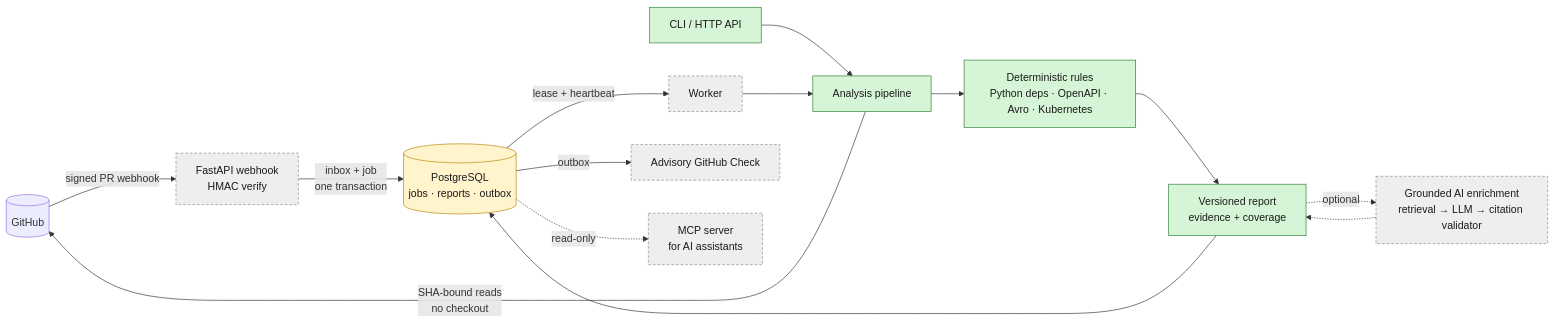
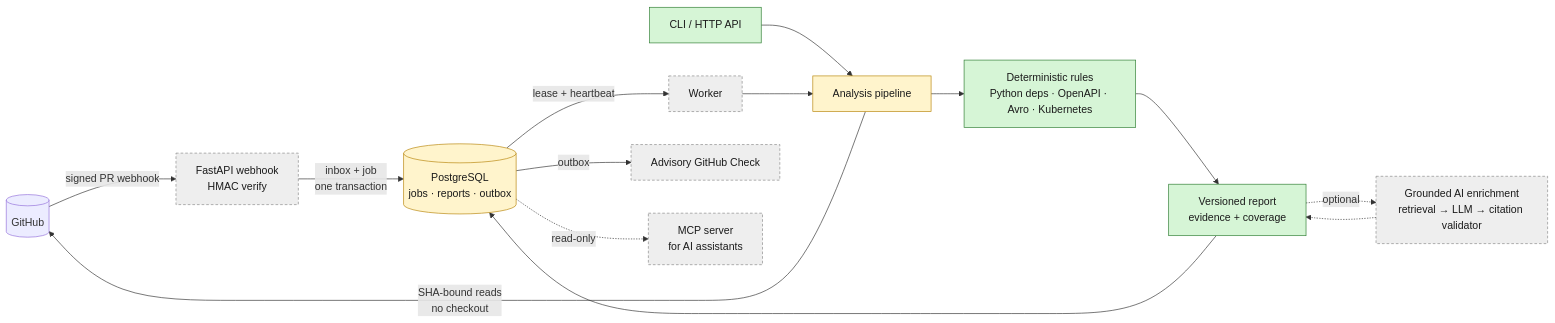
Before and after one commit to belimm01/changeguard-ai: the diagram in README.md, drawn with Mermaid. The commit also changed other lines of this file and 27 other files, not shown here.

First line of the commit message:
docs: align architecture docs and tickets with implementation

````diff
--- a/README.md
+++ b/README.md
@@ -24,23 +24,23 @@
 ```mermaid
 flowchart LR
     GH[(GitHub)] -- signed PR webhook --> WH[FastAPI webhook<br/>HMAC verify]
     CLI[CLI / HTTP API] --> PIPE
     WH -- inbox + job<br/>one transaction --> PG[(PostgreSQL<br/>jobs · reports · outbox)]
     PG -- lease + heartbeat --> WK[Worker]
     WK --> PIPE[Analysis pipeline]
     PIPE -- SHA-bound reads<br/>no checkout --> GH
     PIPE --> RULES[Deterministic rules<br/>Python deps · OpenAPI · Avro · Kubernetes]
     RULES --> RPT[Versioned report<br/>evidence + coverage]
     RPT -. optional .-> AI[Grounded AI enrichment<br/>retrieval → LLM → citation validator]
     AI -.-> RPT
     RPT --> PG
     PG -- outbox --> CHK[Advisory GitHub Check]
     PG -. read-only .-> MCP[MCP server<br/>for AI assistants]
 
     classDef done fill:#d6f5d6,stroke:#2e7d32,color:#1b1b1b;
     classDef wip fill:#fff4cc,stroke:#b8860b,color:#1b1b1b;
     classDef planned fill:#eeeeee,stroke:#888,color:#1b1b1b,stroke-dasharray:4 3;
-    class CLI,PIPE,RULES,RPT done;
-    class PG wip;
+    class CLI,RULES,RPT done;
+    class PIPE,PG wip;
     class WH,WK,AI,CHK,MCP planned;
 ```
````
